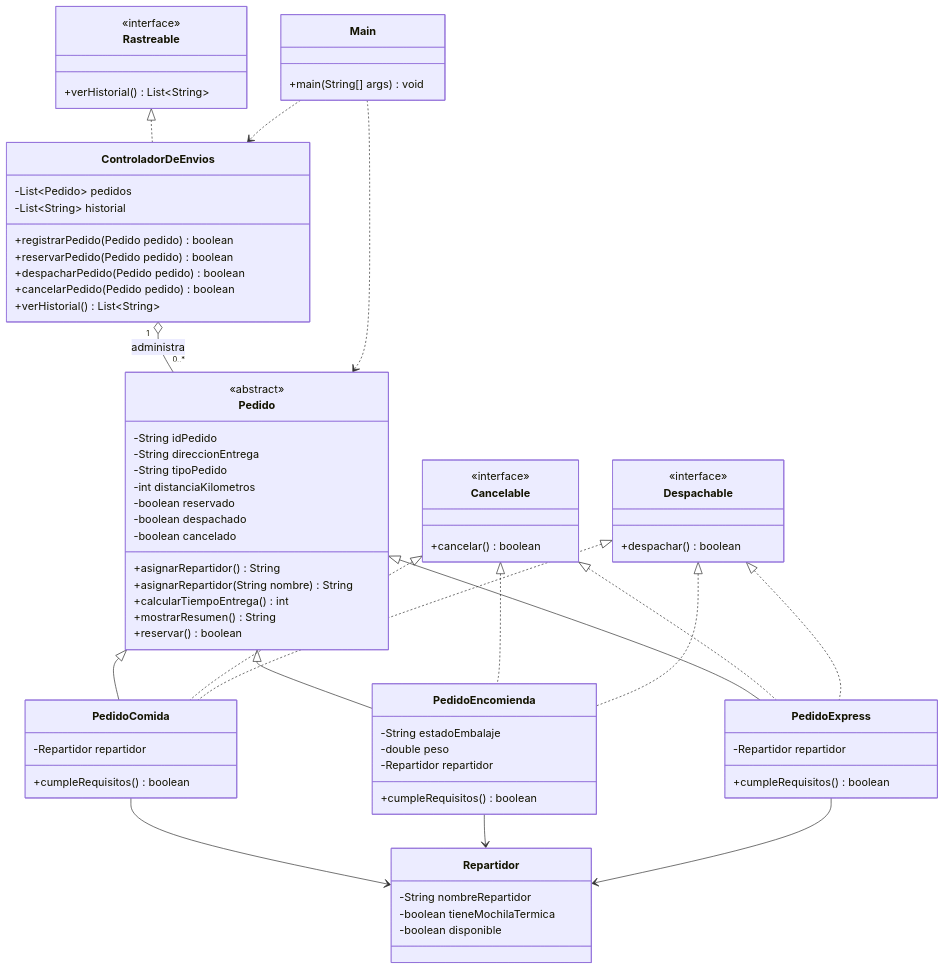
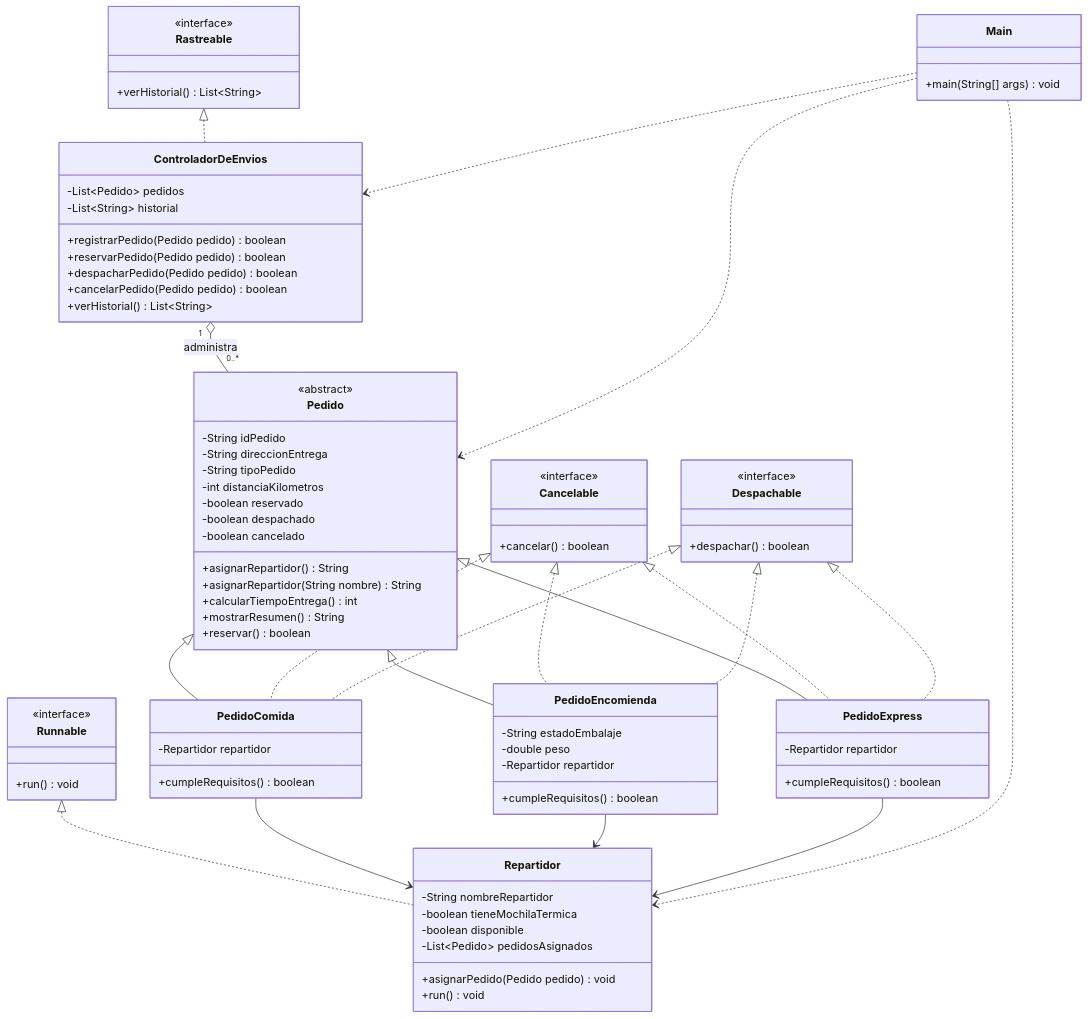
One commit to Nicole88-94b/Programacion_Orientada_a_Objetos_II changed the diagram in README.md. Above: the diagram before and after it, drawn with Mermaid. The commit also changed other lines of this file and 3 other files, not shown here.

````diff
--- a/README.md
+++ b/README.md
@@ -124,6 +129,14 @@
     -String nombreRepartidor
     -boolean tieneMochilaTermica
     -boolean disponible
+    -List~Pedido~ pedidosAsignados
+    +asignarPedido(Pedido pedido) void
+    +run() void
+}
+
+class Runnable {
+    <<interface>>
+    +run() void
 }
 
 class Cancelable {
@@ -168,6 +181,7 @@
 Despachable <|.. PedidoExpress
 
 Rastreable <|.. ControladorDeEnvios
+Runnable <|.. Repartidor
 
 PedidoComida --> Repartidor
 PedidoEncomienda --> Repartidor
@@ -176,4 +190,5 @@
 ControladorDeEnvios "1" o-- "0..*" Pedido : administra
 Main ..> ControladorDeEnvios
 Main ..> Pedido
+Main ..> Repartidor
 ```
````
